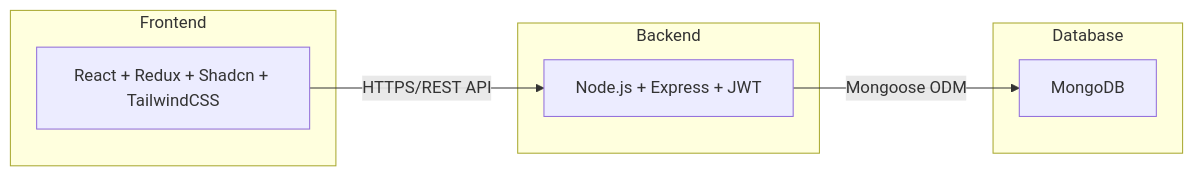
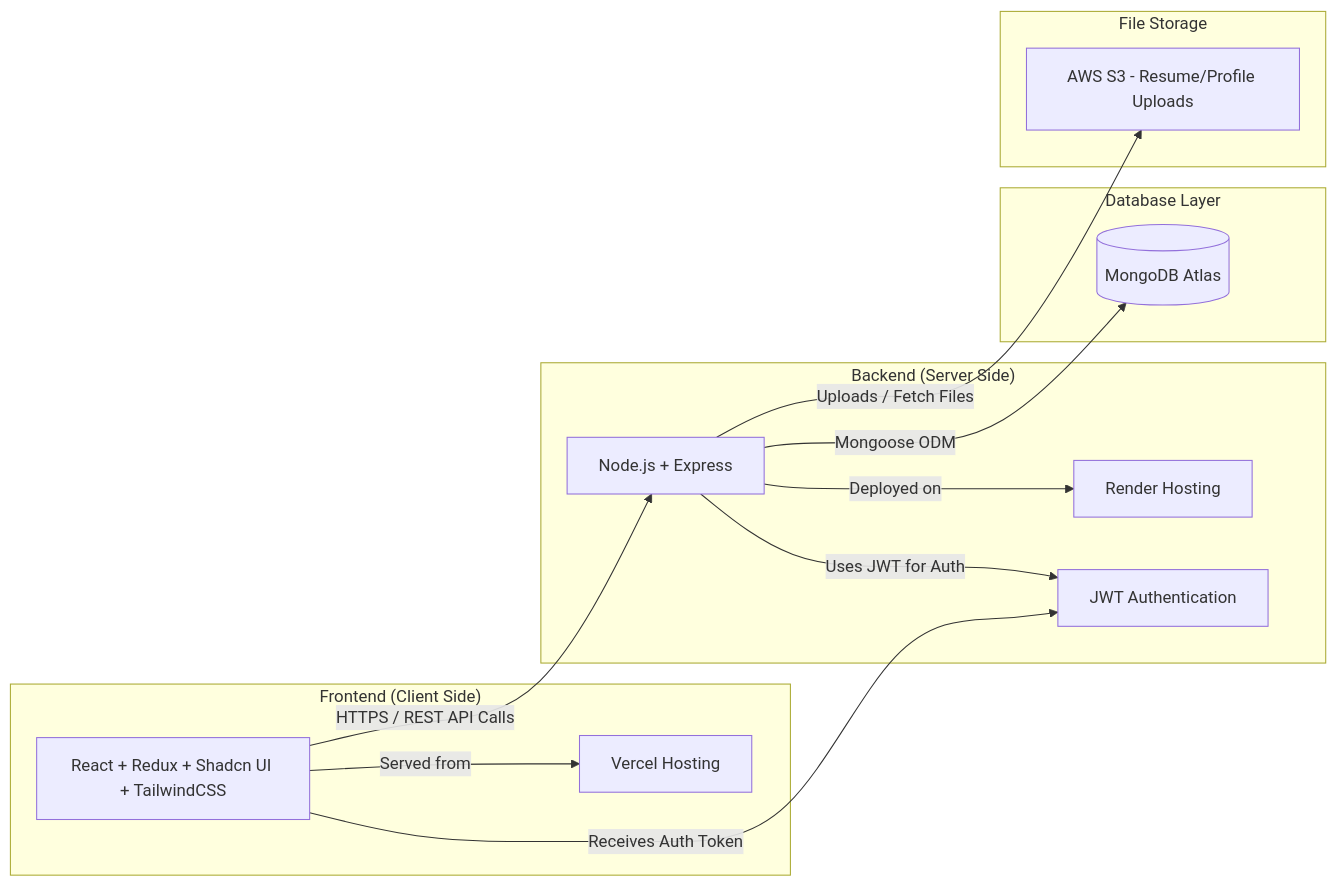
One commit to kamlesh-chandel/job-portal-app-mkdocs changed the diagram in docs/system_architecture.md. Above: the diagram before and after it, drawn with Mermaid. The commit also changed 19 other files, not shown here.

Commit message:
docs: update er diagram

````diff
--- a/docs/system_architecture.md
+++ b/docs/system_architecture.md
@@ -11,14 +11,38 @@
 ```mermaid
 graph LR
-    subgraph "Frontend"
-    A[React + Redux + Shadcn + TailwindCSS]
+    %% Define directions
+    direction LR
+
+    %% Frontend Section
+    subgraph "Frontend (Client Side)"
+        A[React + Redux + Shadcn UI + TailwindCSS]
+        AV[Vercel Hosting]
     end
-    subgraph "Backend"
-    B[Node.js + Express + JWT]
+
+    %% Backend Section
+    subgraph "Backend (Server Side)"
+        B[Node.js + Express]
+        BR[Render Hosting]
+        J[JWT Authentication]
     end
-    subgraph "Database"
-    C[MongoDB]
+
+    %% Database Section
+    subgraph "Database Layer"
+        C[(MongoDB Atlas)]
     end
-    A -->|HTTPS/REST API| B
+
+    %% File Storage Section
+    subgraph "File Storage"
+        S3[AWS S3 - Resume/Profile Uploads]
+    end
+
+    %% Relationships
+    A -->|HTTPS / REST API Calls| B
+    A -->|Served from| AV
+    B -->|Deployed on| BR
+    B -->|Uses JWT for Auth| J
     B -->|Mongoose ODM| C
+    B -->|Uploads / Fetch Files| S3
+    A -->|Receives Auth Token| J
+
 ```
````
